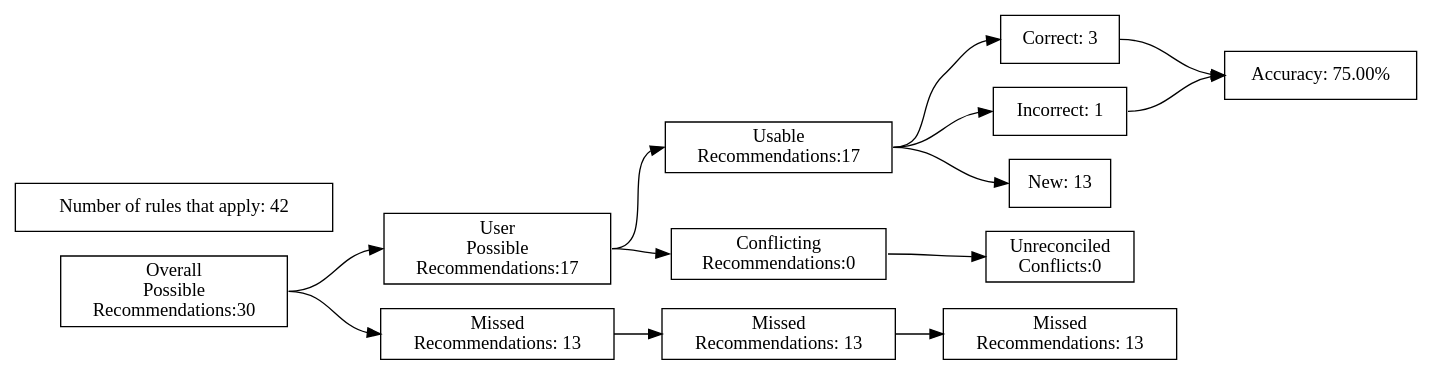
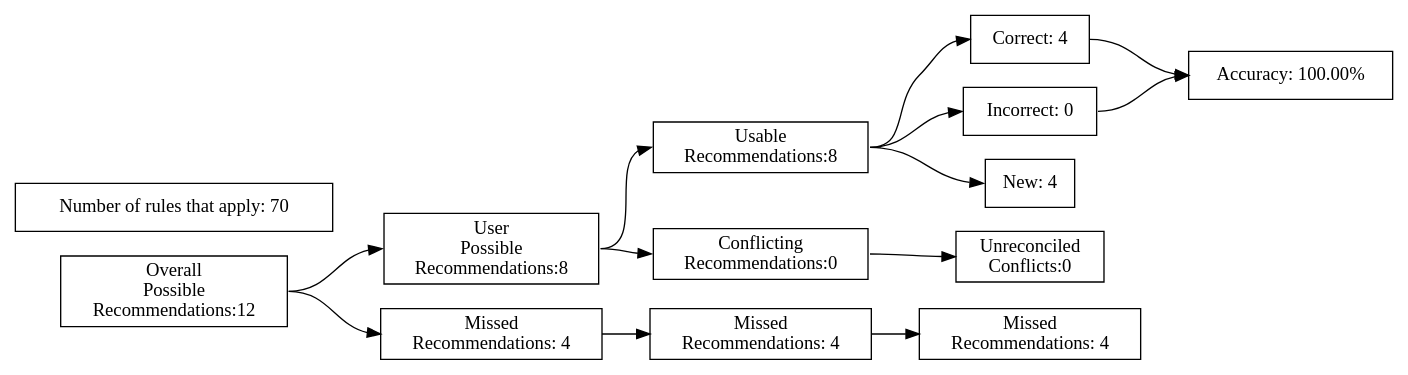
The diagram in test_renders/19.gv (ZaxR/ibd_diet_analysis), drawn with Graphviz before and after one commit. The commit also changed 77 other files, not shown here.

```diff
--- a/test_renders/19.gv
+++ b/test_renders/19.gv
@@ -1,40 +1,40 @@
 digraph {
 	graph [rankdir=LR]
 	node [pos=r shape=box]
 	edge [headport=w tailport=e]
 		A [label="Overall
 Possible
-Recommendations:30"]
+Recommendations:12"]
 		B [label="User
 Possible
-Recommendations:17"]
+Recommendations:8"]
 		C [label="Missed
-Recommendations: 13"]
+Recommendations: 4"]
 		D [label="Usable
-Recommendations:17"]
+Recommendations:8"]
 		E [label="Conflicting
 Recommendations:0"]
 		J [label="Missed
-Recommendations: 13"]
+Recommendations: 4"]
 		M [label="Unreconciled
 Conflicts:0"]
-		F [label="Correct: 3"]
-		G [label="Incorrect: 1"]
-		H [label="New: 13"]
+		F [label="Correct: 4"]
+		G [label="Incorrect: 0"]
+		H [label="New: 4"]
 		K [label="Missed
-Recommendations: 13"]
-		I [label="Accuracy: 75.00%"]
-		l [label="Number of rules that apply: 42"]
+Recommendations: 4"]
+		I [label="Accuracy: 100.00%"]
+		l [label="Number of rules that apply: 70"]
 			A -> B
 			A -> C
 			B -> D
 			B -> E
 			D -> F
 			D -> G
 			D -> H
 			F -> I
 			G -> I
 			C -> J
 			J -> K
 			E -> M
 }
```
